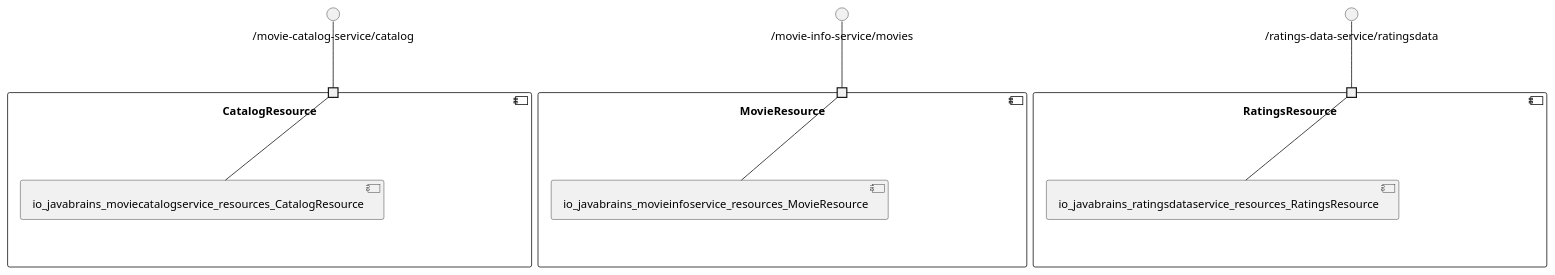
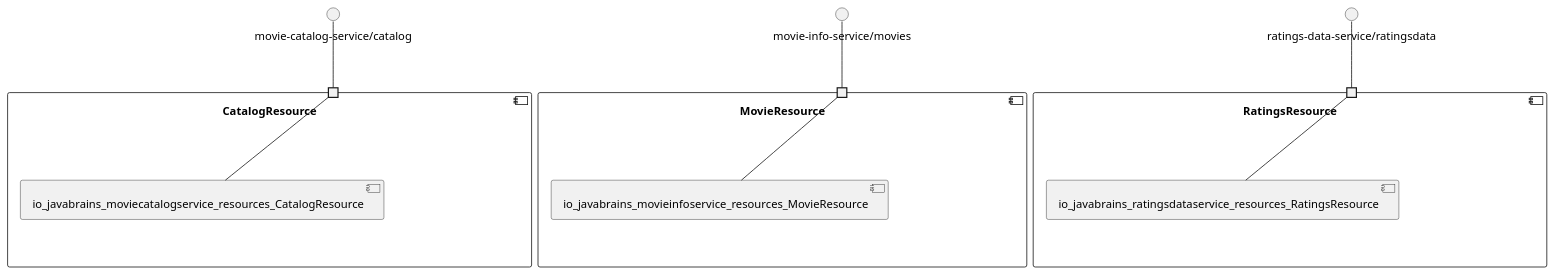
The diagram in koushikkothagal-spring-boot-microservices-workshop/model_re/uml/componentDiagram.puml (View-Based-Reverse-Engineering/Retriever-Benchmark), drawn with PlantUML before and after one commit. The commit also changed 191 other files, not shown here.

```diff
--- a/koushikkothagal-spring-boot-microservices-workshop/model_re/uml/componentDiagram.puml
+++ b/koushikkothagal-spring-boot-microservices-workshop/model_re/uml/componentDiagram.puml
@@ -1,25 +1,25 @@
 @startuml
 skinparam fixCircleLabelOverlapping true
 component "CatalogResource\n\n\n\n\n\n" {
 [io_javabrains_moviecatalogservice_resources_CatalogResource]
-portin " " as CatalogResource.requires._movie_catalog_service_catalog
-"CatalogResource.requires._movie_catalog_service_catalog"--[io_javabrains_moviecatalogservice_resources_CatalogResource]
+portin " " as CatalogResource.requires.movie_catalog_service_catalog
+"CatalogResource.requires.movie_catalog_service_catalog"--[io_javabrains_moviecatalogservice_resources_CatalogResource]
 }
-interface "/movie-catalog-service/catalog" as interface._movie_catalog_service_catalog
-interface._movie_catalog_service_catalog--"CatalogResource.requires._movie_catalog_service_catalog"
+interface "movie-catalog-service/catalog" as interface.movie_catalog_service_catalog
+interface.movie_catalog_service_catalog--"CatalogResource.requires.movie_catalog_service_catalog"
 component "MovieResource\n\n\n\n\n\n" {
 [io_javabrains_movieinfoservice_resources_MovieResource]
-portin " " as MovieResource.requires._movie_info_service_movies
-"MovieResource.requires._movie_info_service_movies"--[io_javabrains_movieinfoservice_resources_MovieResource]
+portin " " as MovieResource.requires.movie_info_service_movies
+"MovieResource.requires.movie_info_service_movies"--[io_javabrains_movieinfoservice_resources_MovieResource]
 }
-interface "/movie-info-service/movies" as interface._movie_info_service_movies
-interface._movie_info_service_movies--"MovieResource.requires._movie_info_service_movies"
+interface "movie-info-service/movies" as interface.movie_info_service_movies
+interface.movie_info_service_movies--"MovieResource.requires.movie_info_service_movies"
 component "RatingsResource\n\n\n\n\n\n" {
 [io_javabrains_ratingsdataservice_resources_RatingsResource]
-portin " " as RatingsResource.requires._ratings_data_service_ratingsdata
-"RatingsResource.requires._ratings_data_service_ratingsdata"--[io_javabrains_ratingsdataservice_resources_RatingsResource]
+portin " " as RatingsResource.requires.ratings_data_service_ratingsdata
+"RatingsResource.requires.ratings_data_service_ratingsdata"--[io_javabrains_ratingsdataservice_resources_RatingsResource]
 }
-interface "/ratings-data-service/ratingsdata" as interface._ratings_data_service_ratingsdata
-interface._ratings_data_service_ratingsdata--"RatingsResource.requires._ratings_data_service_ratingsdata"
+interface "ratings-data-service/ratingsdata" as interface.ratings_data_service_ratingsdata
+interface.ratings_data_service_ratingsdata--"RatingsResource.requires.ratings_data_service_ratingsdata"
 
 @enduml
```
